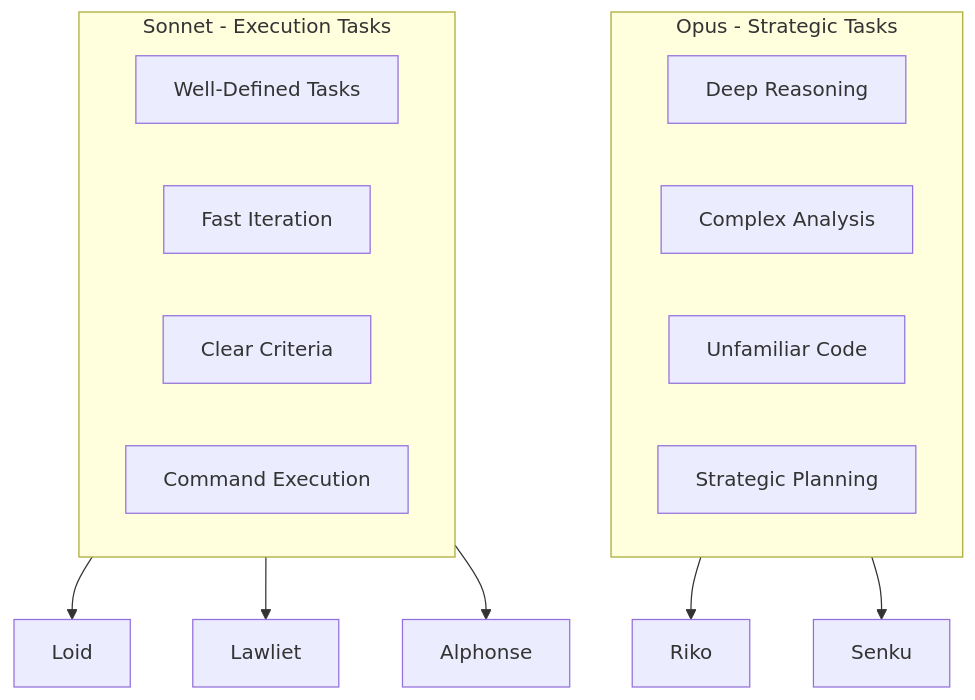
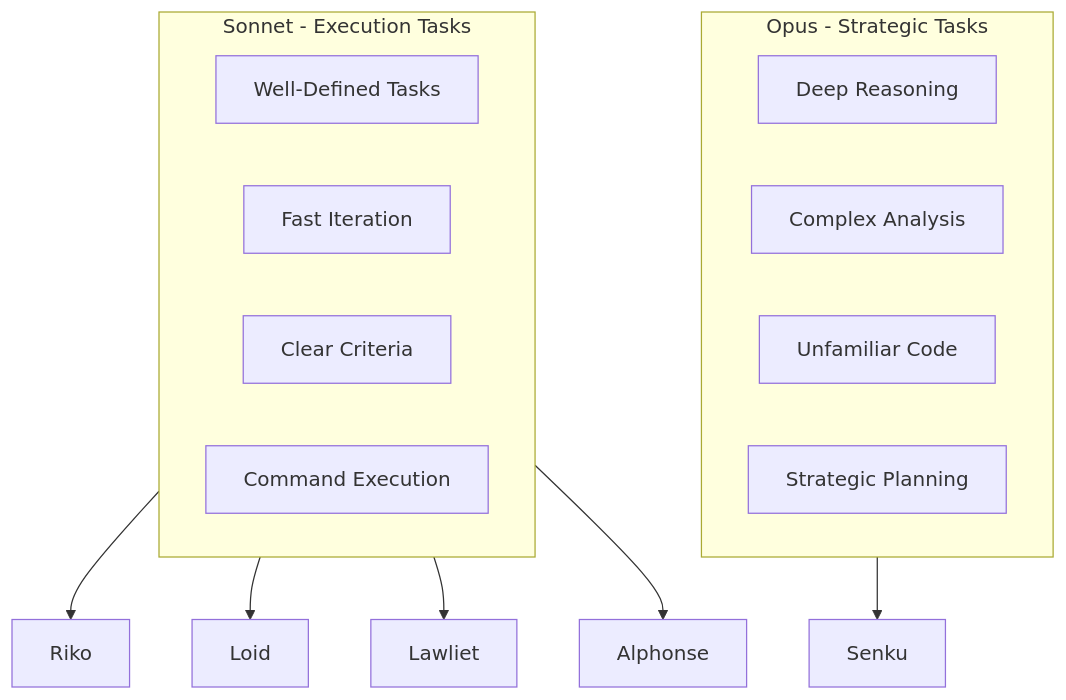
One commit to josix/agent-flow changed the diagram in docs/concepts/agent-specialization.md. Above: the diagram before and after it, drawn with Mermaid. The commit also changed other lines of this file and 60 other files, not shown here.

First line of the commit message:
feat: modernize agent-flow for current Claude Code and speed up /orchestrate

````diff
--- a/docs/concepts/agent-specialization.md
+++ b/docs/concepts/agent-specialization.md
@@ -136,21 +136,21 @@
 ```mermaid
 flowchart TB
     subgraph Opus["Opus - Strategic Tasks"]
         direction LR
         O1["Deep Reasoning"]
         O2["Complex Analysis"]
         O3["Unfamiliar Code"]
         O4["Strategic Planning"]
     end
 
     subgraph Sonnet["Sonnet - Execution Tasks"]
         direction LR
         S1["Well-Defined Tasks"]
         S2["Fast Iteration"]
         S3["Clear Criteria"]
         S4["Command Execution"]
     end
 
-    Opus --> R[Riko] & SK[Senku]
-    Sonnet --> L[Loid] & LW[Lawliet] & A[Alphonse]
+    Opus --> SK[Senku]
+    Sonnet --> R[Riko] & L[Loid] & LW[Lawliet] & A[Alphonse]
 ```
````
